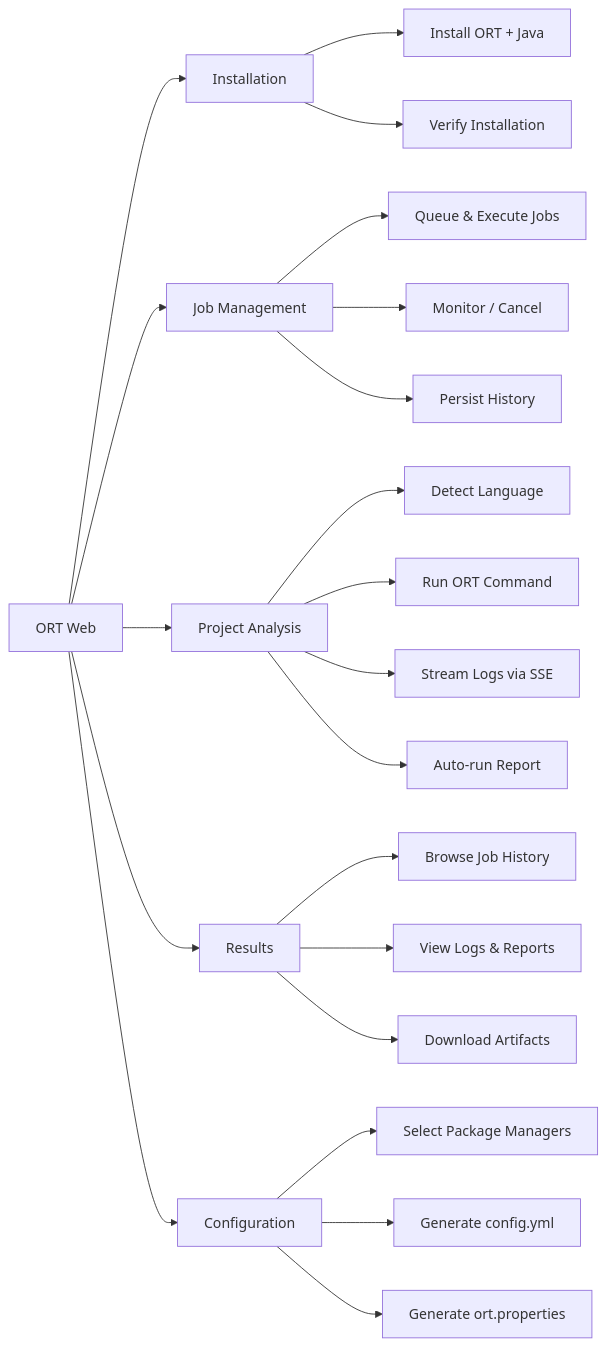
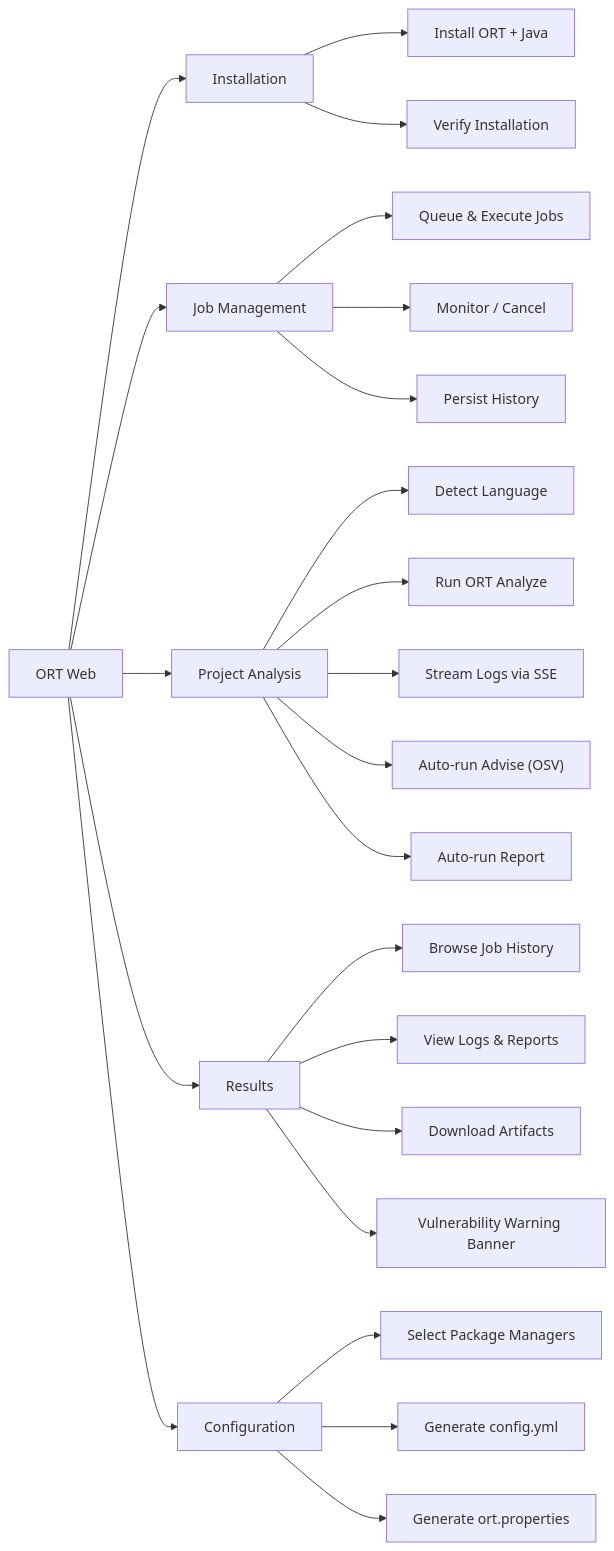
Before and after one commit to tnvinh2711/ort-web: the second of 5 diagrams in DIAGRAMS.md, drawn with Mermaid. The commit also changed other lines of this file, not shown here.

First line of the commit message:
docs: update diagrams to reflect analyze → advise → report pipeline

````diff
--- a/DIAGRAMS.md
+++ b/DIAGRAMS.md
@@ -23,30 +26,32 @@
 ```mermaid
 graph LR
     ORT["ORT Web"]
 
     ORT --> A["Installation"]
     ORT --> B["Job Management"]
     ORT --> C["Project Analysis"]
     ORT --> D["Results"]
     ORT --> E["Configuration"]
 
     A --> A1["Install ORT + Java"]
     A --> A2["Verify Installation"]
 
     B --> B1["Queue & Execute Jobs"]
     B --> B2["Monitor / Cancel"]
     B --> B3["Persist History"]
 
     C --> C1["Detect Language"]
-    C --> C2["Run ORT Command"]
+    C --> C2["Run ORT Analyze"]
     C --> C3["Stream Logs via SSE"]
-    C --> C4["Auto-run Report"]
+    C --> C4["Auto-run Advise (OSV)"]
+    C --> C5["Auto-run Report"]
 
     D --> D1["Browse Job History"]
     D --> D2["View Logs & Reports"]
     D --> D3["Download Artifacts"]
+    D --> D4["Vulnerability Warning Banner"]
 
     E --> E1["Select Package Managers"]
     E --> E2["Generate config.yml"]
     E --> E3["Generate ort.properties"]
 ```
````
